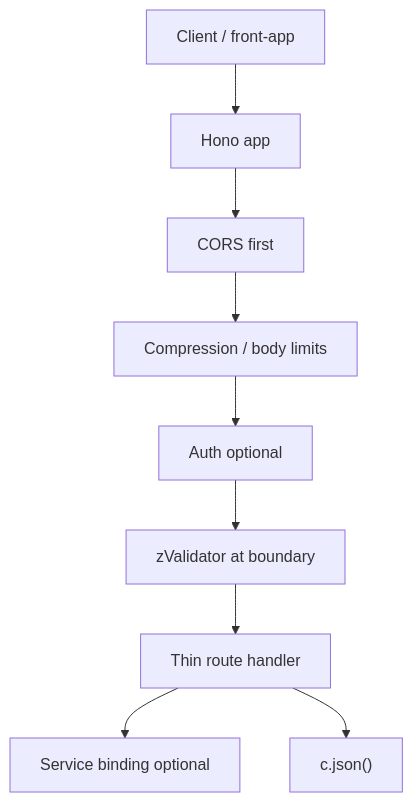
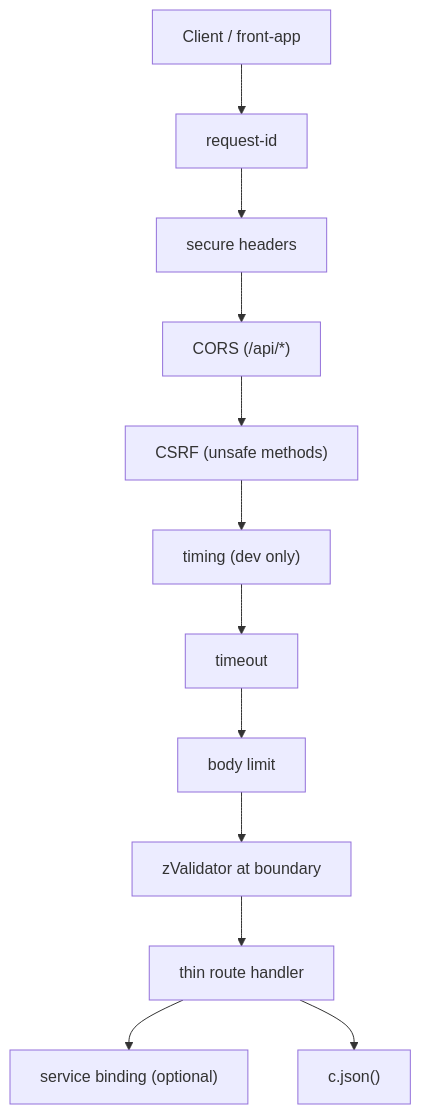
Before and after one commit to louisbrulenaudet/monorepo-template: the diagram in .claude/rules/backend/hono-gateway.md, drawn with Mermaid. The commit also changed other lines of this file and 5 other files, not shown here.

````diff
--- a/.claude/rules/backend/hono-gateway.md
+++ b/.claude/rules/backend/hono-gateway.md
@@ -13,11 +13,14 @@
 ```mermaid
 flowchart TD
-  Client["Client / front-app"] --> HonoApp["Hono app"]
-  HonoApp --> CORS["CORS first"]
-  CORS --> Limits["Compression / body limits"]
-  Limits --> Auth["Auth optional"]
-  Auth --> Validation["zValidator at boundary"]
-  Validation --> Handler["Thin route handler"]
-  Handler --> Binding["Service binding optional"]
+  Client["Client / front-app"] --> ReqId["request-id"]
+  ReqId --> Sec["secure headers"]
+  Sec --> CORS["CORS (/api/*)"]
+  CORS --> CSRF["CSRF (unsafe methods)"]
+  CSRF --> Timing["timing (dev only)"]
+  Timing --> Timeout["timeout"]
+  Timeout --> Body["body limit"]
+  Body --> Validation["zValidator at boundary"]
+  Validation --> Handler["thin route handler"]
+  Handler --> Binding["service binding (optional)"]
   Handler --> Response["c.json()"]
 ```
````
